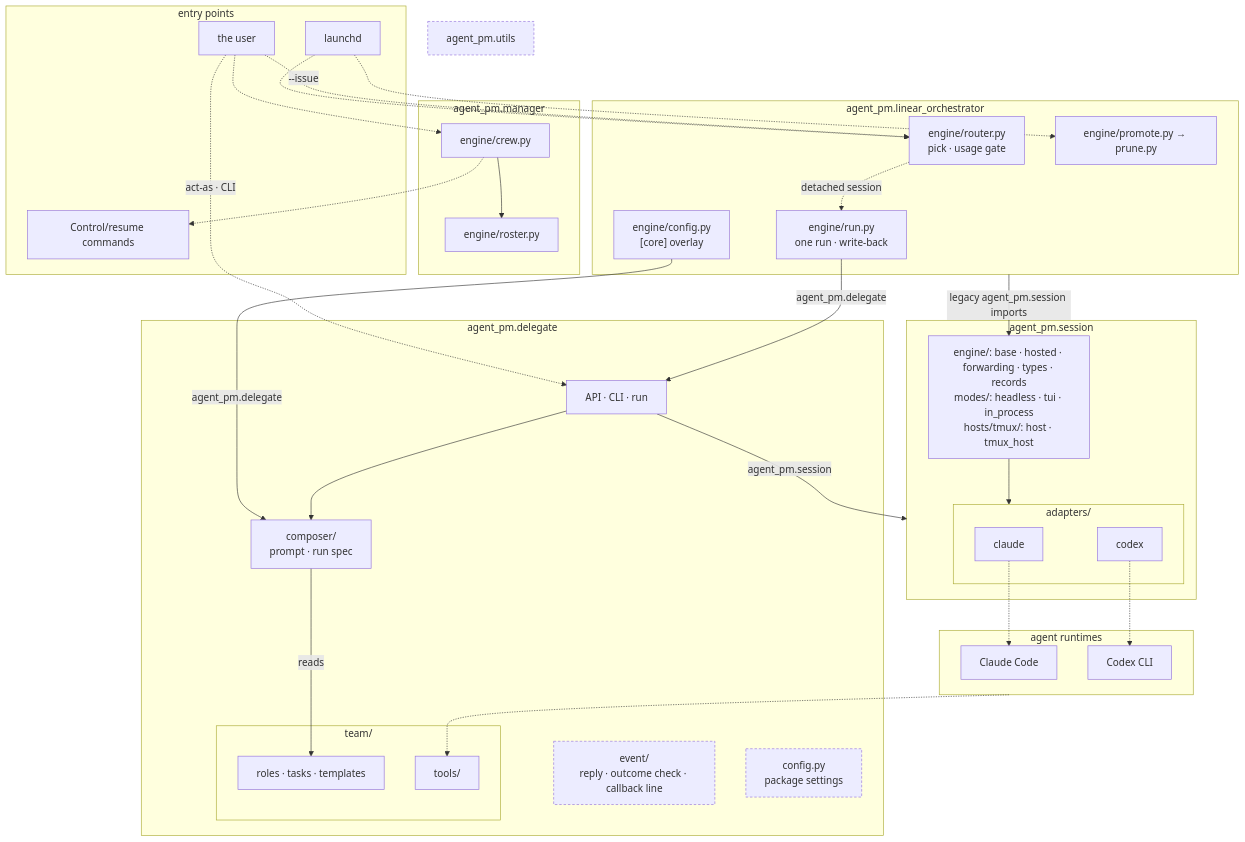
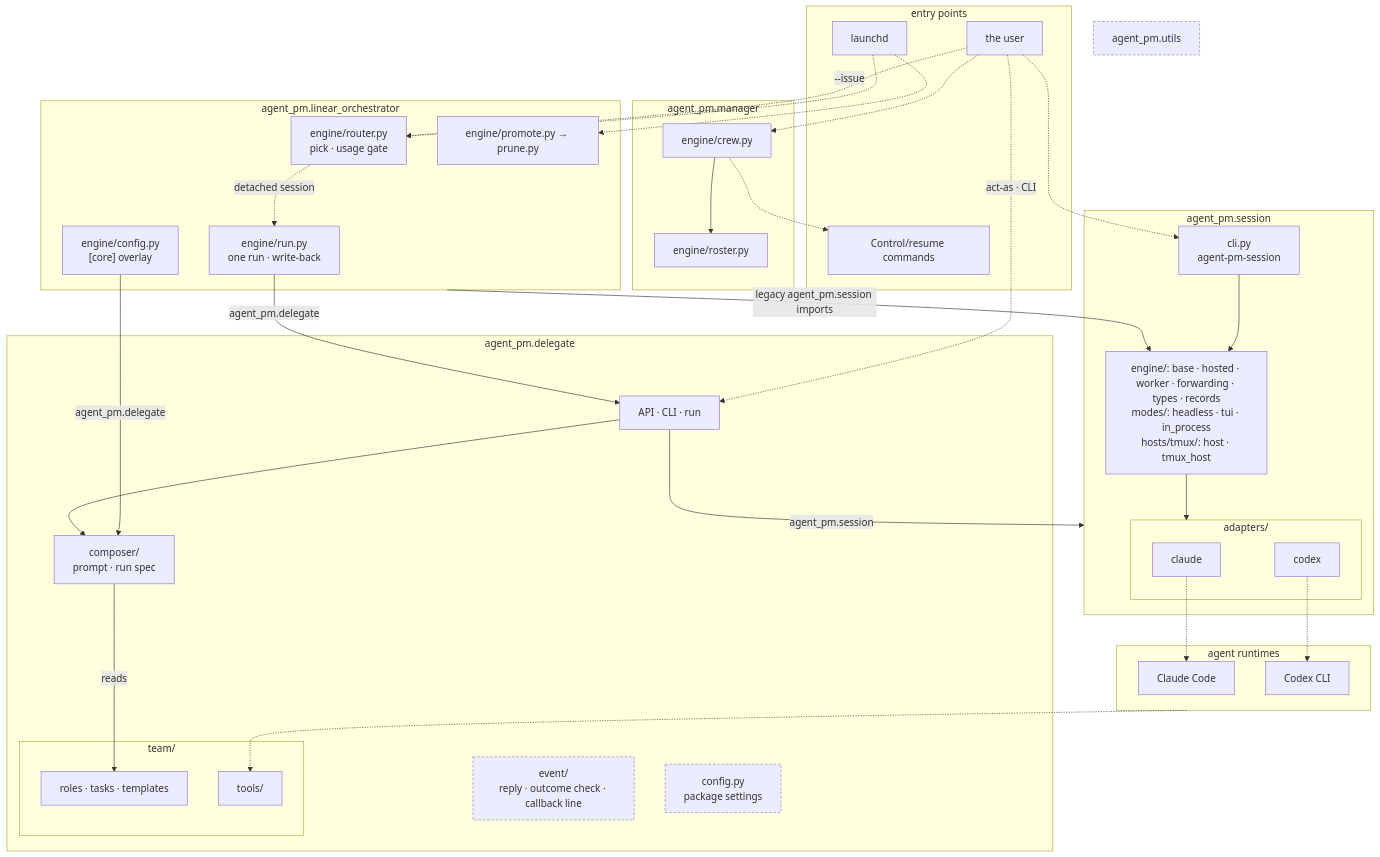
One commit to ophis/agent-pm changed the second of 4 diagrams in README.md. Above: the diagram before and after it, drawn with Mermaid. The commit also changed other lines of this file and 31 other files, not shown here.

First line of the commit message:
TASK-369: agent-pm-session command and bin wrapper (FR-31, FR-42, FR-48)

````diff
--- a/README.md
+++ b/README.md
@@ -18,57 +18,60 @@
 ```mermaid
 flowchart TB
   subgraph EN[entry points]
     LD[launchd]
     HU[the user]
     CC[Control/resume commands]
   end
   subgraph MG[agent_pm.manager]
     W["engine/crew.py"] --> RS["engine/roster.py"]
   end
   subgraph LO[agent_pm.linear_orchestrator]
     R["engine/router.py<br>pick · usage gate"]
     RU["engine/run.py<br>one run · write-back"]
     PP["engine/promote.py → prune.py"]
     LC["engine/config.py<br>[core] overlay"]
   end
   subgraph DL[agent_pm.delegate]
     D["API · CLI · run"]
     C["composer/<br>prompt · run spec"]
     EV["event/<br>reply · outcome check · callback line"]
     CF["config.py<br>package settings"]
     subgraph TM[team/]
       T["roles · tasks · templates"]
       AT[tools/]
     end
   end
   subgraph SE[agent_pm.session]
-    DR["engine/: base · hosted · forwarding · types · records<br>modes/: headless · tui · in_process<br>hosts/tmux/: host · tmux_host"]
+    SC["cli.py<br>agent-pm-session"]
+    DR["engine/: base · hosted · worker · forwarding · types · records<br>modes/: headless · tui · in_process<br>hosts/tmux/: host · tmux_host"]
     subgraph AD[adapters/]
       CL[claude]
       CX[codex]
     end
   end
   U[agent_pm.utils]
   subgraph RT[agent runtimes]
     P1[Claude Code]
     P2[Codex CLI]
   end
   LD -.-> R & PP
   HU -.->|"--issue"| R
   HU -.->|"act-as · CLI"| D
   HU -.-> W
+  HU -.-> SC
+  SC --> DR
   R -.->|detached session| RU
   RU -->|agent_pm.delegate| D
   LC -->|agent_pm.delegate| C
   LO -->|"legacy agent_pm.session imports"| DR
   W -.-> CC
   D --> C
   D -->|agent_pm.session| SE
   C -->|reads| T
   DR --> AD
   CL -.-> P1
   CX -.-> P2
   RT -.-> AT
   classDef shared stroke-dasharray: 4 3
   class EV,U,CF shared
 ```
````
